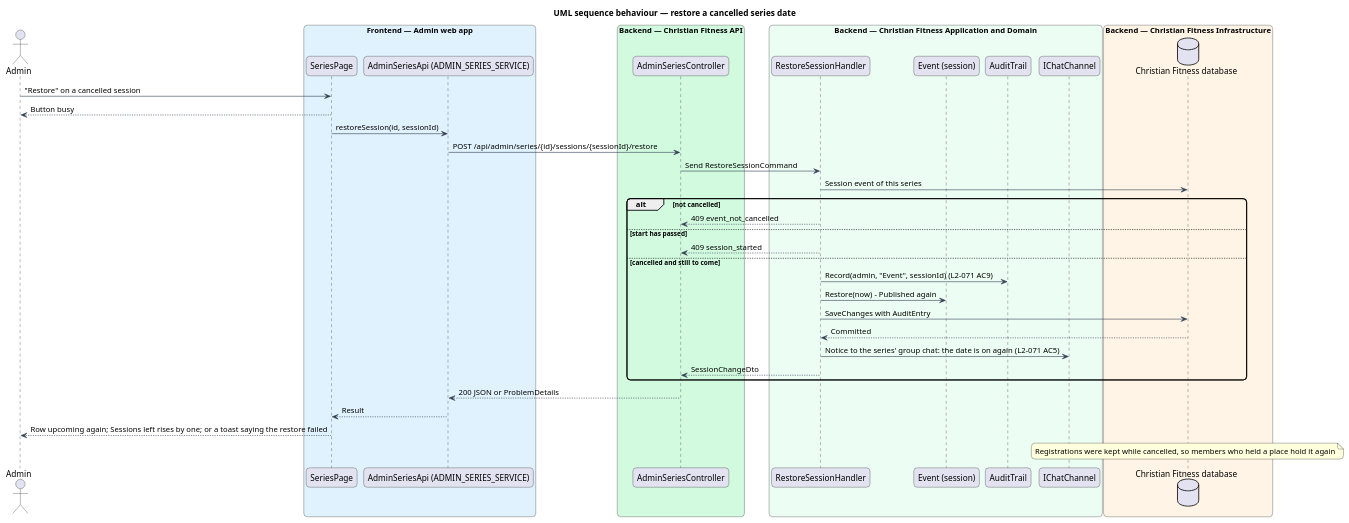
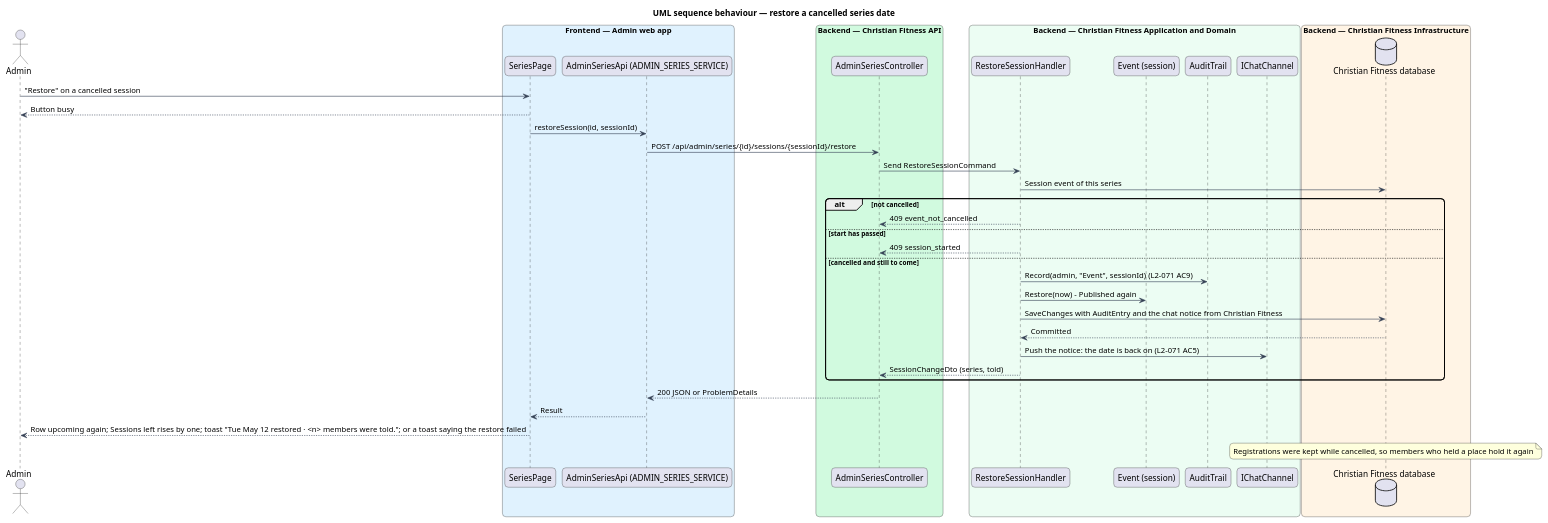
Before and after one commit to QuinntyneBrown/christian-fitness: the diagram in docs/detailed-designs/admin-events/manage-event-series/diagrams/sequence-restore.puml, drawn with PlantUML. The commit also changed 26 other files, not shown here.

First line of the commit message:
Journey 15: ADR 0103, the cancel-session dialog counts who is going and leaves refunds to the host, and a restored date drawn

```diff
--- a/docs/detailed-designs/admin-events/manage-event-series/diagrams/sequence-restore.puml
+++ b/docs/detailed-designs/admin-events/manage-event-series/diagrams/sequence-restore.puml
@@ -1,47 +1,47 @@
 @startuml
 title UML sequence behaviour — restore a cancelled series date
 skinparam backgroundColor #FFFFFF
 skinparam shadowing false
 skinparam roundcorner 12
 skinparam defaultFontName Arial
 skinparam ArrowColor #344054
 actor "Admin" as actor
 box "Frontend — Admin web app" #E0F2FE
   participant "SeriesPage" as page
   participant "AdminSeriesApi (ADMIN_SERIES_SERVICE)" as client
 end box
 box "Backend — Christian Fitness API" #D1FADF
   participant "AdminSeriesController" as ctrl
 end box
 box "Backend — Christian Fitness Application and Domain" #ECFDF3
   participant "RestoreSessionHandler" as h
   participant "Event (session)" as ent
   participant "AuditTrail" as audit
   participant "IChatChannel" as chat
 end box
 box "Backend — Christian Fitness Infrastructure" #FFF4E5
   database "Christian Fitness database" as db
 end box
 actor -> page : "Restore" on a cancelled session
 page --> actor : Button busy
 page -> client : restoreSession(id, sessionId)
 client -> ctrl : POST /api/admin/series/{id}/sessions/{sessionId}/restore
 ctrl -> h : Send RestoreSessionCommand
 h -> db : Session event of this series
 alt not cancelled
   h --> ctrl : 409 event_not_cancelled
 else start has passed
   h --> ctrl : 409 session_started
 else cancelled and still to come
   h -> audit : Record(admin, "Event", sessionId) (L2-071 AC9)
   h -> ent : Restore(now) - Published again
-  h -> db : SaveChanges with AuditEntry
+  h -> db : SaveChanges with AuditEntry and the chat notice from Christian Fitness
   db --> h : Committed
-  h -> chat : Notice to the series' group chat: the date is on again (L2-071 AC5)
-  h --> ctrl : SessionChangeDto
+  h -> chat : Push the notice: the date is back on (L2-071 AC5)
+  h --> ctrl : SessionChangeDto (series, told)
 end
 ctrl --> client : 200 JSON or ProblemDetails
 client --> page : Result
-page --> actor : Row upcoming again; Sessions left rises by one; or a toast saying the restore failed
+page --> actor : Row upcoming again; Sessions left rises by one; toast "Tue May 12 restored · <n> members were told."; or a toast saying the restore failed
 note over db : Registrations were kept while cancelled, so members who held a place hold it again
 @enduml
```
